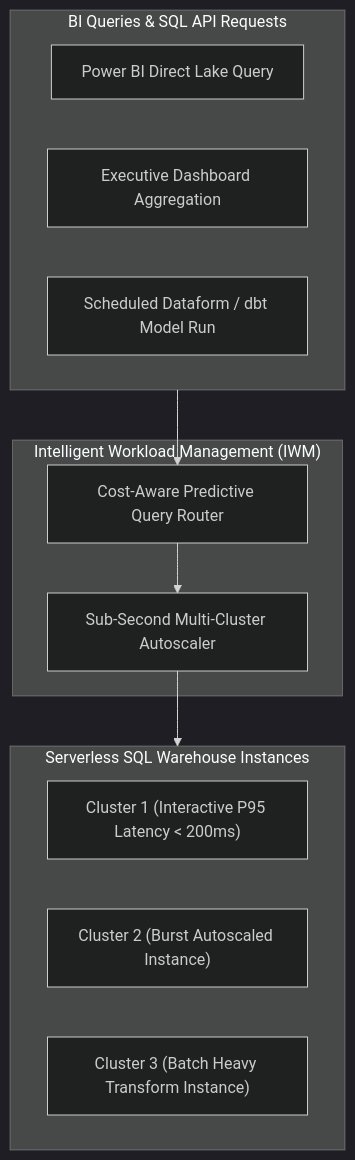
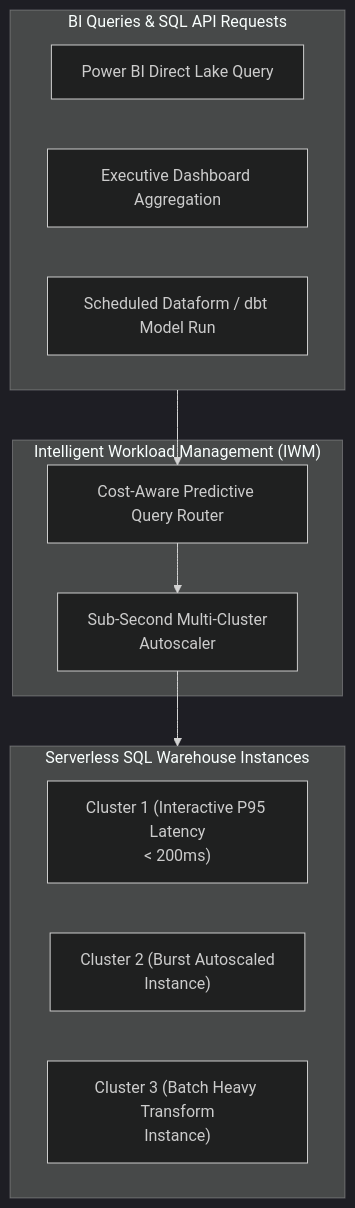
The third of 3 diagrams in architectures/02_mpp_distributed_sql_and_data_movement.md (santoshjammi29/sql-handbook), drawn with Mermaid (dark theme) before and after one commit. The commit also changed other lines of this file and 17 other files, not shown here.

Commit message:
fix(diagrams): word-wrap labels and escape comparison operators across all diagrams

````diff
--- a/architectures/02_mpp_distributed_sql_and_data_movement.md
+++ b/architectures/02_mpp_distributed_sql_and_data_movement.md
@@ -161,21 +161,21 @@
 ```mermaid
 flowchart TD
     subgraph Ingress["BI Queries & SQL API Requests"]
         Q1["Power BI Direct Lake Query"]
         Q2["Executive Dashboard Aggregation"]
         Q3["Scheduled Dataform / dbt Model Run"]
     end
 
     subgraph IWMManager["Intelligent Workload Management (IWM)"]
         Router["Cost-Aware Predictive Query Router"]
-        Autoscale["Sub-Second Multi-Cluster Autoscaler"]
+        Autoscale["Sub-Second Multi-Cluster<br/>Autoscaler"]
     end
 
     subgraph ComputeClusters["Serverless SQL Warehouse Instances"]
-        C1["Cluster 1 (Interactive P95 Latency < 200ms)"]
-        C2["Cluster 2 (Burst Autoscaled Instance)"]
-        C3["Cluster 3 (Batch Heavy Transform Instance)"]
+        C1["Cluster 1 (Interactive P95 Latency<br/>&lt; 200ms)"]
+        C2["Cluster 2 (Burst Autoscaled<br/>Instance)"]
+        C3["Cluster 3 (Batch Heavy Transform<br/>Instance)"]
     end
 
     Ingress --> Router --> Autoscale --> ComputeClusters
 ```
````
